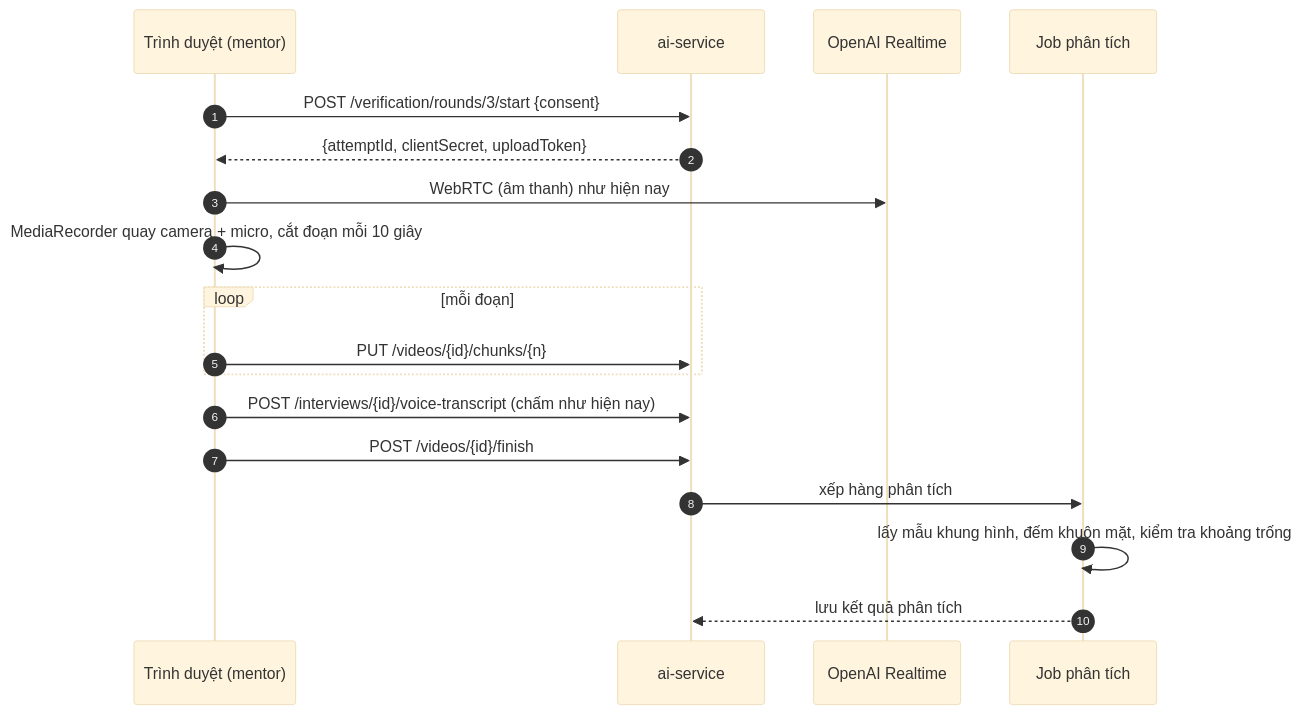
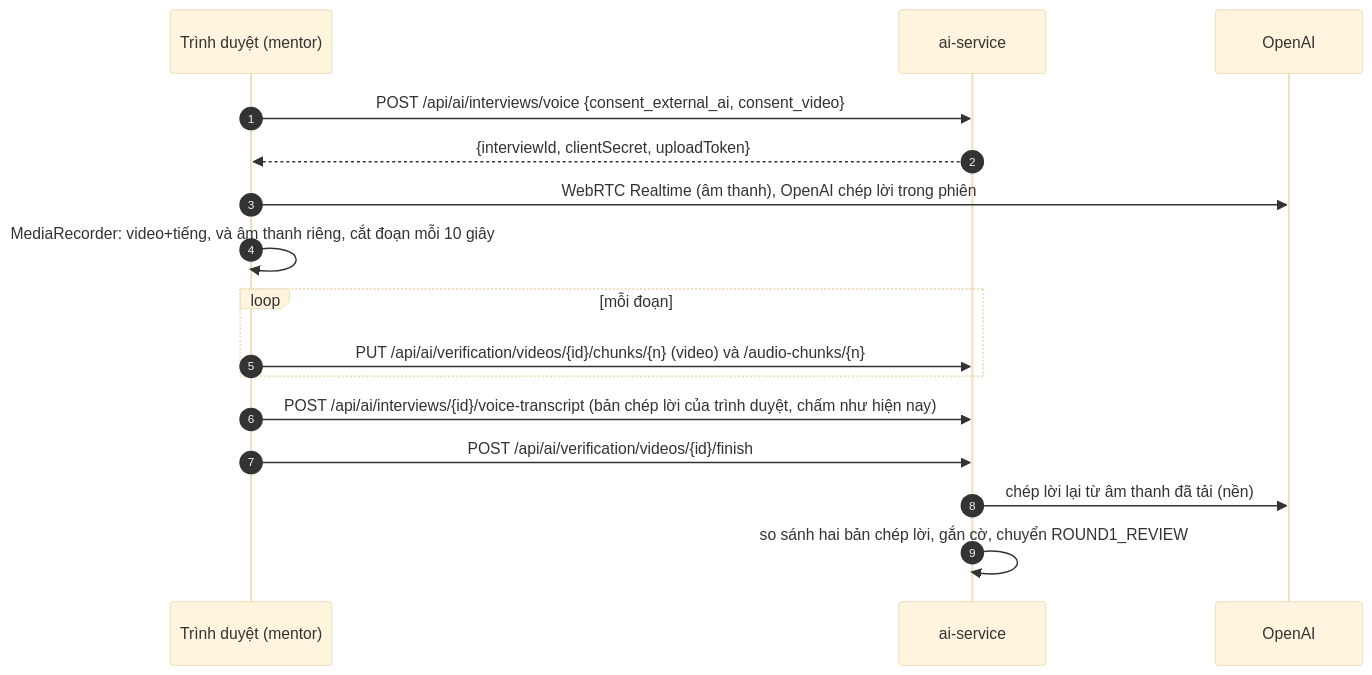
Before and after one commit to quangpham10212004/do_an_2026: the second of 3 diagrams in docs/design-mentor-verification.md, drawn with Mermaid (base theme). The commit also changed other lines of this file and 1 other file, not shown here.

First line of the commit message:
docs(interview): chốt thiết kế xác thực mentor 2 vòng

````diff
--- a/docs/design-mentor-verification.md
+++ b/docs/design-mentor-verification.md
@@ -156,20 +133,18 @@
 ```mermaid
 sequenceDiagram
     autonumber
     participant B as Trình duyệt (mentor)
     participant AI as ai-service
-    participant OA as OpenAI Realtime
-    participant J as Job phân tích
-    B->>AI: POST /verification/rounds/3/start {consent}
-    AI-->>B: {attemptId, clientSecret, uploadToken}
-    B->>OA: WebRTC (âm thanh) như hiện nay
-    B->>B: MediaRecorder quay camera + micro, cắt đoạn mỗi 10 giây
+    participant OA as OpenAI
+    B->>AI: POST /api/ai/interviews/voice {consent_external_ai, consent_video}
+    AI-->>B: {interviewId, clientSecret, uploadToken}
+    B->>OA: WebRTC Realtime (âm thanh), OpenAI chép lời trong phiên
+    B->>B: MediaRecorder: video+tiếng, và âm thanh riêng, cắt đoạn mỗi 10 giây
     loop mỗi đoạn
-        B->>AI: PUT /videos/{id}/chunks/{n}
+        B->>AI: PUT /api/ai/verification/videos/{id}/chunks/{n} (video) và /audio-chunks/{n}
     end
-    B->>AI: POST /interviews/{id}/voice-transcript (chấm như hiện nay)
-    B->>AI: POST /videos/{id}/finish
-    AI->>J: xếp hàng phân tích
-    J->>J: lấy mẫu khung hình, đếm khuôn mặt, kiểm tra khoảng trống
-    J-->>AI: lưu kết quả phân tích
+    B->>AI: POST /api/ai/interviews/{id}/voice-transcript (bản chép lời của trình duyệt, chấm như hiện nay)
+    B->>AI: POST /api/ai/verification/videos/{id}/finish
+    AI->>OA: chép lời lại từ âm thanh đã tải (nền)
+    AI->>AI: so sánh hai bản chép lời, gắn cờ, chuyển ROUND1_REVIEW
 ```
````
